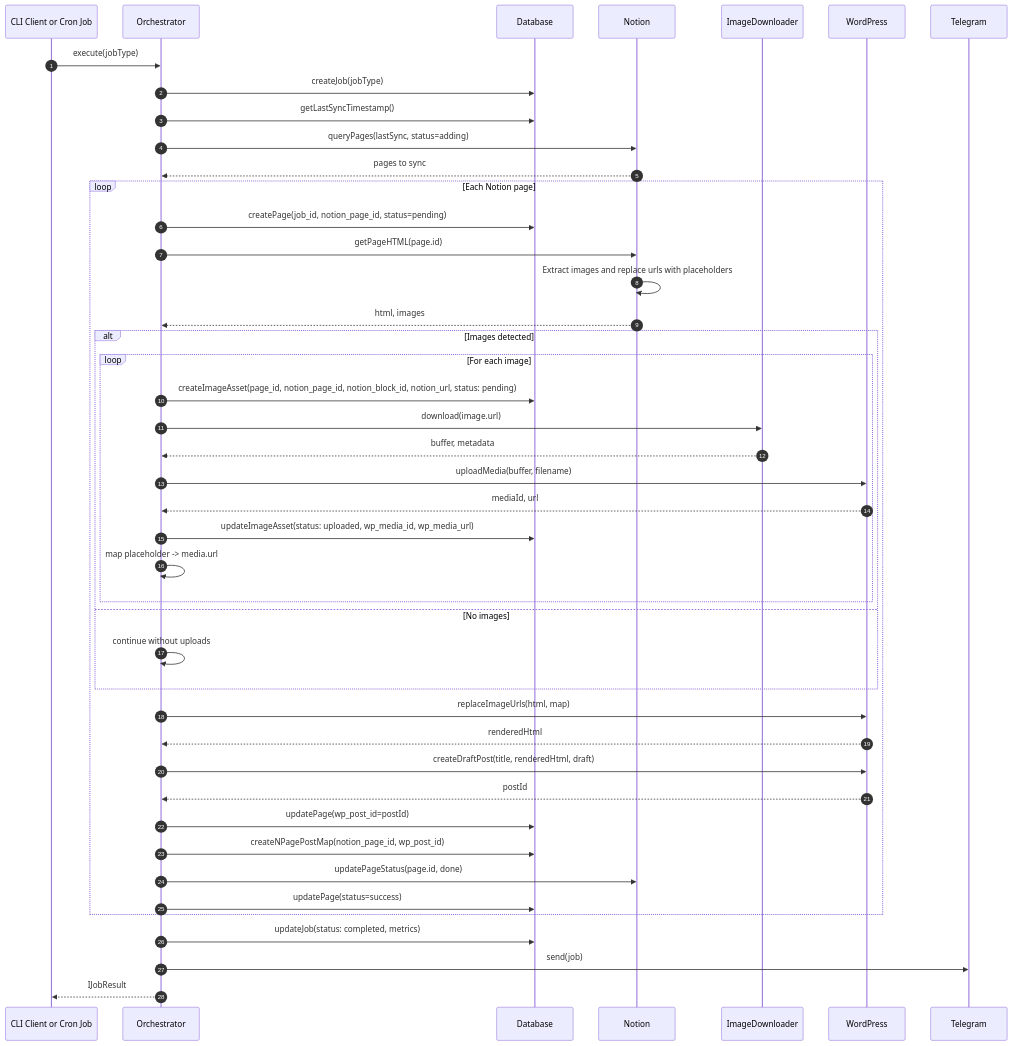
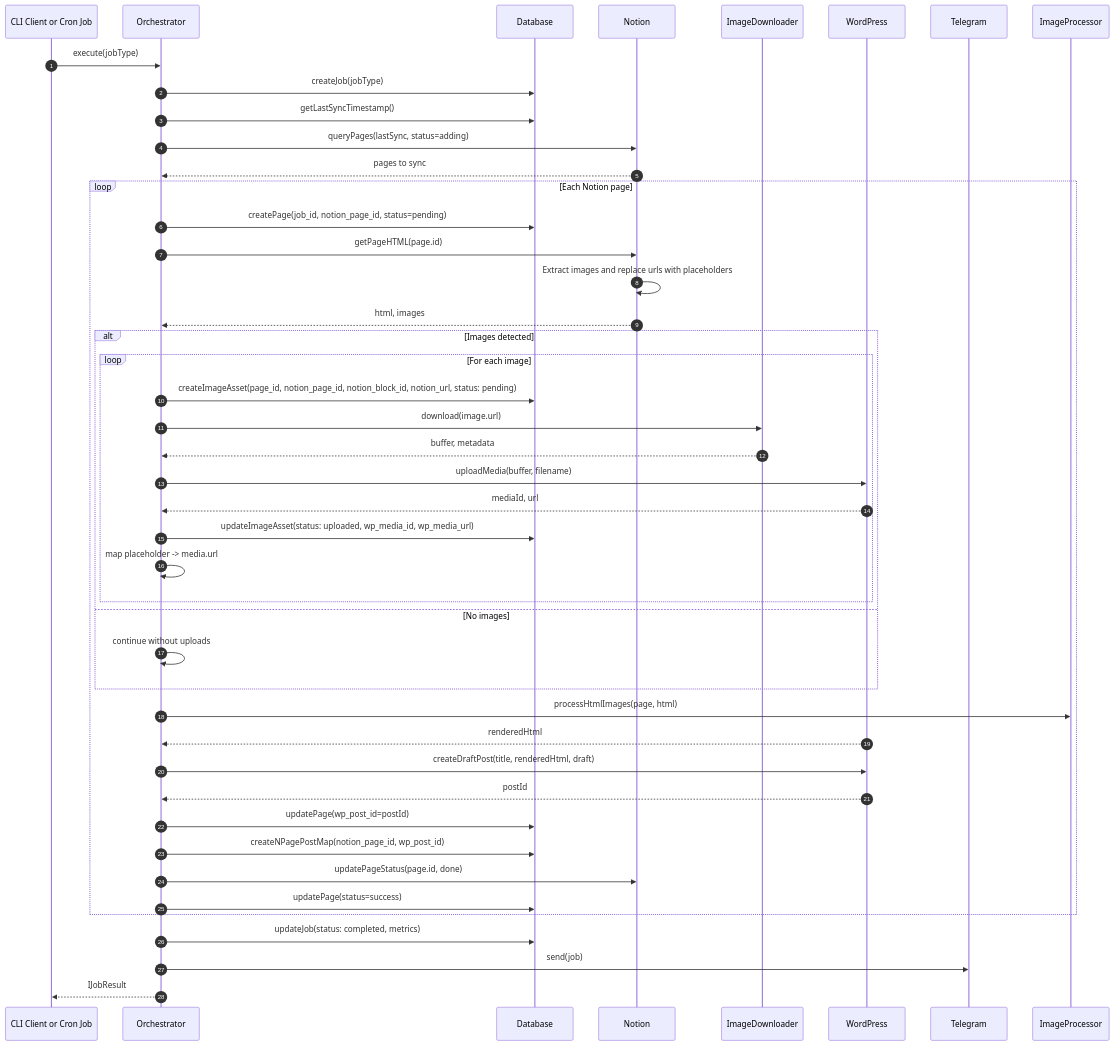
The diagram in docs/diagrams/sequence-sync-success.md (ramen4598/Notion2WordPress), drawn with Mermaid before and after one commit. The commit also changed 12 other files, not shown here.

Commit message:
refactor: move image handling to HTML post-processing

````diff
--- a/docs/diagrams/sequence-sync-success.md
+++ b/docs/diagrams/sequence-sync-success.md
@@ -5,49 +5,49 @@
 ```mermaid
 sequenceDiagram
     autonumber
     participant ENTRY as CLI Client or Cron Job
     participant Orchestrator as Orchestrator
     participant DB as Database
     participant Notion as Notion
     participant Downloader as ImageDownloader
     participant WP as WordPress
     participant Telegram as Telegram
 
     ENTRY->>Orchestrator: execute(jobType)
     Orchestrator->>DB: createJob(jobType)
     Orchestrator->>DB: getLastSyncTimestamp()
     Orchestrator->>Notion: queryPages(lastSync, status=adding)
     Notion-->>Orchestrator: pages to sync
 
     loop Each Notion page
         Orchestrator->>DB: createPage(job_id, notion_page_id, status=pending)
         Orchestrator->>Notion: getPageHTML(page.id)
         Notion->>Notion: Extract images and replace urls with placeholders
         Notion-->>Orchestrator: html, images
         alt Images detected
             loop For each image
 		            Orchestrator->>DB: createImageAsset(page_id, notion_page_id, notion_block_id, notion_url, status: pending)
                 Orchestrator->>Downloader: download(image.url)
                 Downloader-->>Orchestrator: buffer, metadata
                 Orchestrator->>WP: uploadMedia(buffer, filename)
                 WP-->>Orchestrator: mediaId, url
                 Orchestrator->>DB: updateImageAsset(status: uploaded, wp_media_id, wp_media_url)
                 Orchestrator->>Orchestrator: map placeholder -> media.url
             end
         else No images
             Orchestrator->>Orchestrator: continue without uploads
         end
-        Orchestrator->>WP: replaceImageUrls(html, map)
+        Orchestrator->>ImageProcessor: processHtmlImages(page, html)
         WP-->>Orchestrator: renderedHtml
         Orchestrator->>WP: createDraftPost(title, renderedHtml, draft)
         WP-->>Orchestrator: postId
         Orchestrator->>DB: updatePage(wp_post_id=postId)
         Orchestrator->>DB: createNPagePostMap(notion_page_id, wp_post_id)
         Orchestrator->>Notion: updatePageStatus(page.id, done)
         Orchestrator->>DB: updatePage(status=success)
     end
 
     Orchestrator->>DB: updateJob(status: completed, metrics)
     Orchestrator->>Telegram: send(job)
     Orchestrator-->>ENTRY: IJobResult
 ```
````
